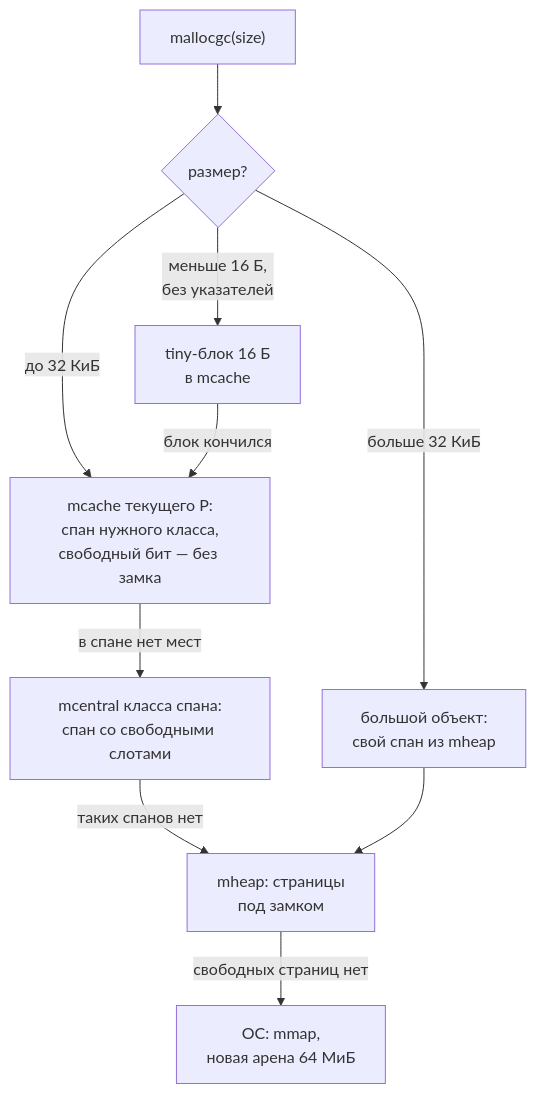
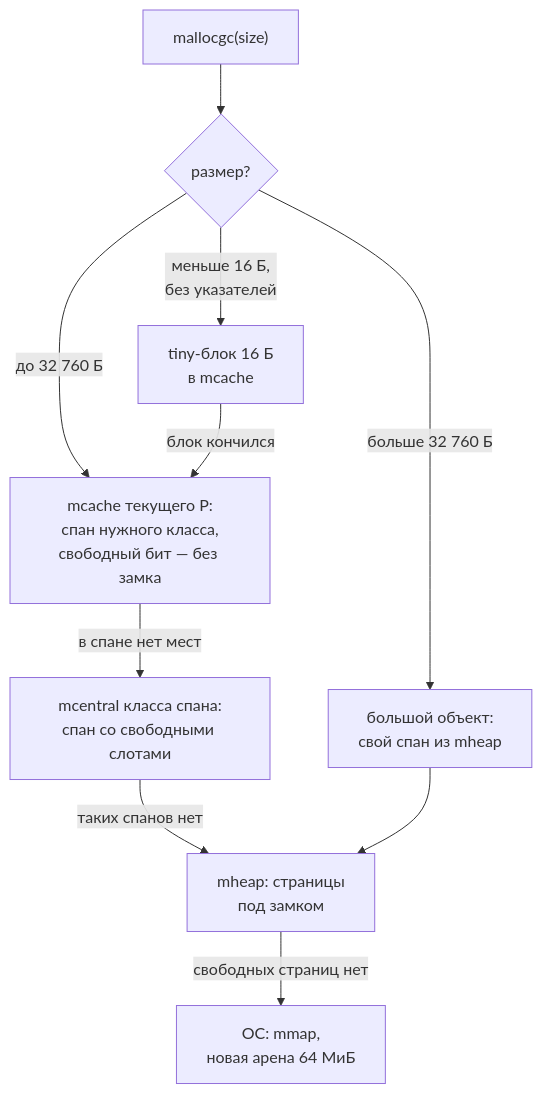
Before and after one commit to fazletdinov/system-desine: the diagram in course/modules/01-5-go-concurrency/08-stack-heap.md, drawn with Mermaid. The commit also changed other lines of this file and 1 other file, not shown here.

````diff
--- a/course/modules/01-5-go-concurrency/08-stack-heap.md
+++ b/course/modules/01-5-go-concurrency/08-stack-heap.md
@@ -282,12 +282,12 @@
 ```mermaid
 flowchart TD
   M["mallocgc(size)"]:::service --> Q{"размер?"}
   Q -->|"меньше 16 Б,<br/>без указателей"| T["tiny-блок 16 Б<br/>в mcache"]:::cache
-  Q -->|"до 32 КиБ"| C["mcache текущего P:<br/>спан нужного класса,<br/>свободный бит — без замка"]:::cache
-  Q -->|"больше 32 КиБ"| L["большой объект:<br/>свой спан из mheap"]:::db
+  Q -->|"до 32 760 Б"| C["mcache текущего P:<br/>спан нужного класса,<br/>свободный бит — без замка"]:::cache
+  Q -->|"больше 32 760 Б"| L["большой объект:<br/>свой спан из mheap"]:::db
   T -->|"блок кончился"| C
   C -->|"в спане нет мест"| MC["mcentral класса спана:<br/>спан со свободными слотами"]:::broker
   MC -->|"таких спанов нет"| H["mheap: страницы<br/>под замком"]:::db
   L --> H
   H -->|"свободных страниц нет"| OS["ОС: mmap,<br/>новая арена 64 МиБ"]:::network
 ```
````
